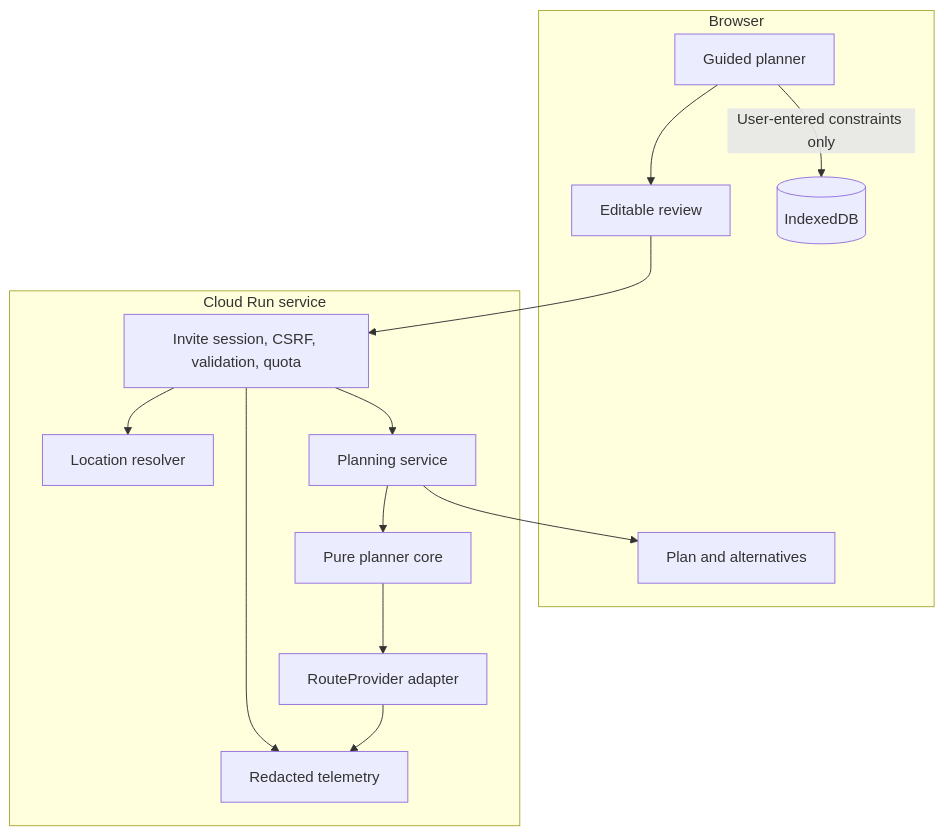
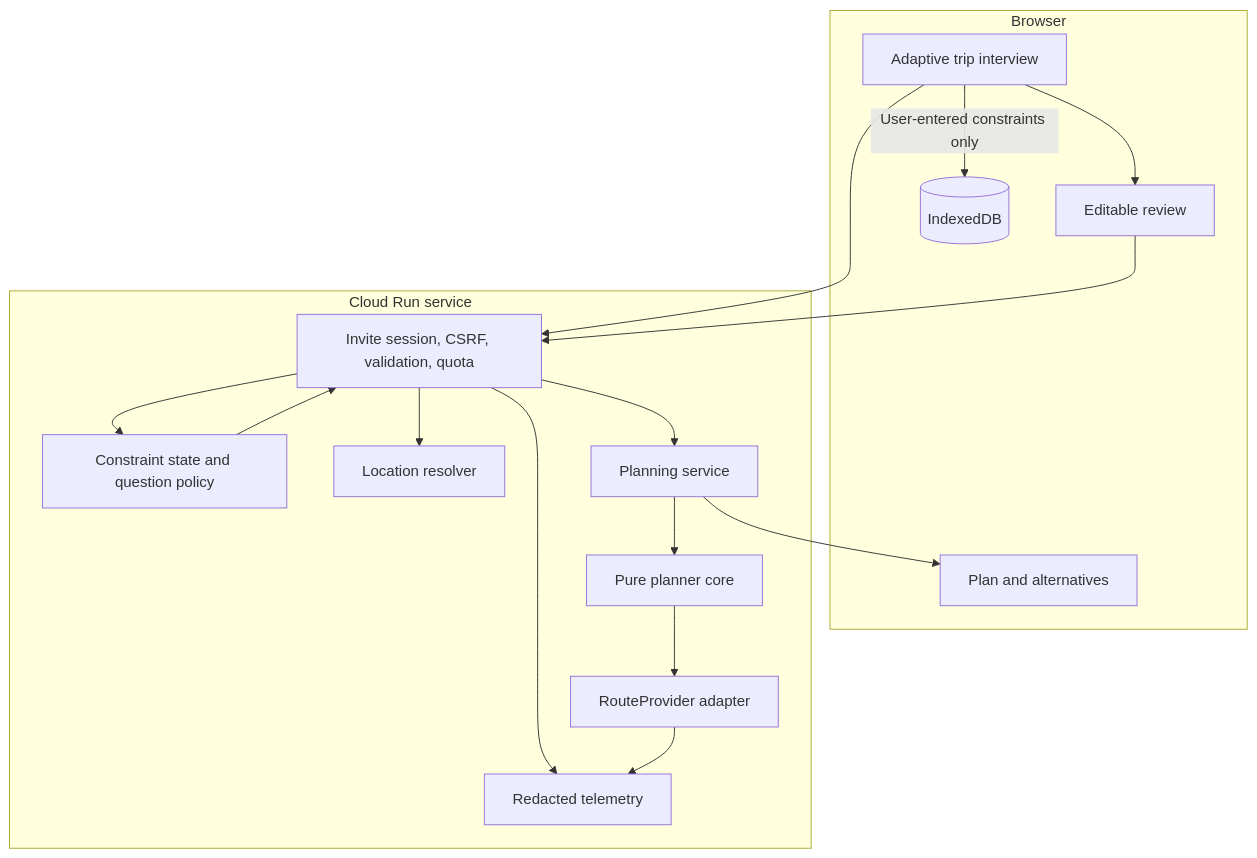
One commit to UM-NLP/whenshouldgo changed the second of 3 diagrams in docs/web-architecture.md. Above: the diagram before and after it, drawn with Mermaid. The commit also changed other lines of this file, not shown here.

Commit message:
Add deterministic interview architecture

````diff
--- a/docs/web-architecture.md
+++ b/docs/web-architecture.md
@@ -100,27 +107,31 @@
 ```mermaid
 flowchart TB
     subgraph Browser
-        Form[Guided planner]
+        InterviewUI[Adaptive trip interview]
         Review[Editable review]
         Result[Plan and alternatives]
         Local[(IndexedDB)]
     end
 
     subgraph SameOriginService[Cloud Run service]
         Edge[Invite session, CSRF, validation, quota]
+        InterviewEngine[Constraint state and question policy]
         Location[Location resolver]
         PlanService[Planning service]
         Core[Pure planner core]
         Provider[RouteProvider adapter]
         Telemetry[Redacted telemetry]
     end
 
-    Form --> Review
+    InterviewUI --> Edge
+    Edge --> InterviewEngine
+    InterviewEngine --> Edge
+    InterviewUI --> Review
     Review --> Edge
     Edge --> Location
     Edge --> PlanService --> Core --> Provider
     Edge --> Telemetry
     Provider --> Telemetry
     PlanService --> Result
-    Form -->|User-entered constraints only| Local
+    InterviewUI -->|User-entered constraints only| Local
 ```
````
